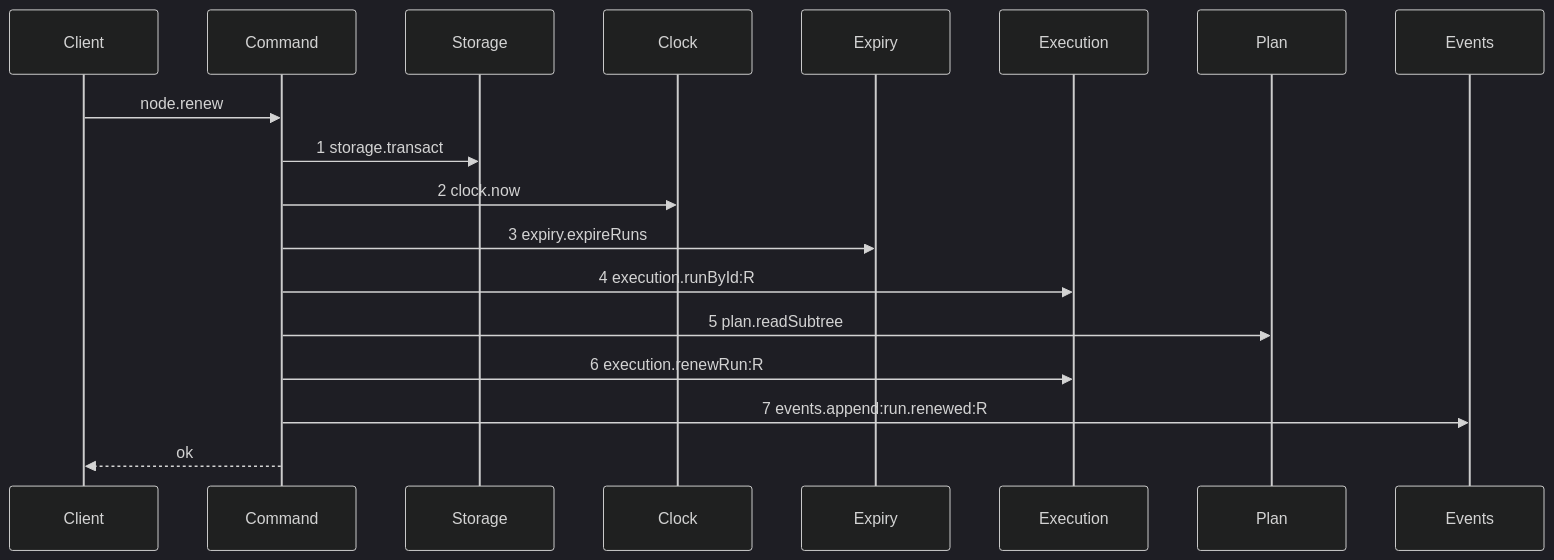
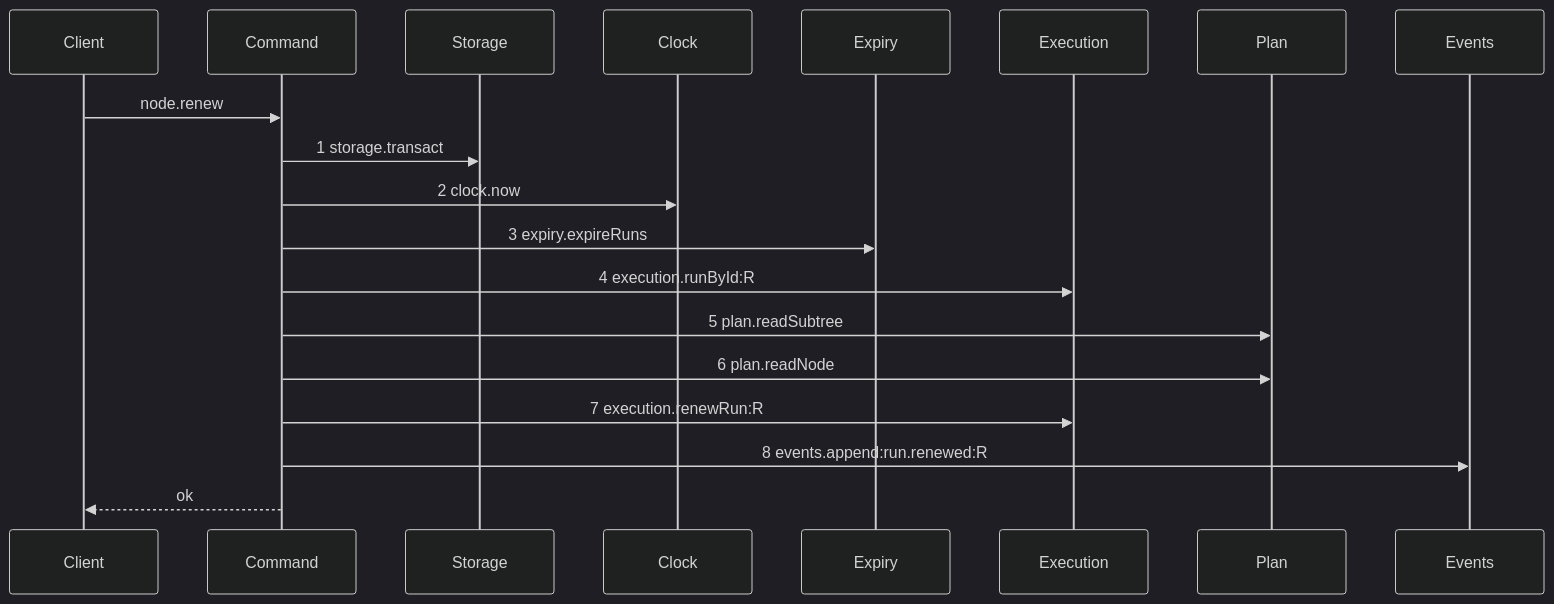
The diagram in .agents/plan/stories/050.4-the-node-lease-removal/04-the-renew-drops-the-lease.md (kanthorlabs/kanthord-engine), drawn with Mermaid (dark theme) before and after one commit. The commit also changed other lines of this file and 38 other files, not shown here.

````diff
--- a/.agents/plan/stories/050.4-the-node-lease-removal/04-the-renew-drops-the-lease.md
+++ b/.agents/plan/stories/050.4-the-node-lease-removal/04-the-renew-drops-the-lease.md
@@ -25,20 +25,21 @@
 ```mermaid
 sequenceDiagram
     participant Client
     participant Command
     participant Storage
     participant Clock
     participant Expiry
     participant Execution
     participant Plan
     participant Events
     Client->>Command: node.renew
     Command->>Storage: 1 storage.transact
     Command->>Clock: 2 clock.now
     Command->>Expiry: 3 expiry.expireRuns
     Command->>Execution: 4 execution.runById:R
     Command->>Plan: 5 plan.readSubtree
-    Command->>Execution: 6 execution.renewRun:R
-    Command->>Events: 7 events.append:run.renewed:R
+    Command->>Plan: 6 plan.readNode
+    Command->>Execution: 7 execution.renewRun:R
+    Command->>Events: 8 events.append:run.renewed:R
     Command-->>Client: ok
 ```
````
